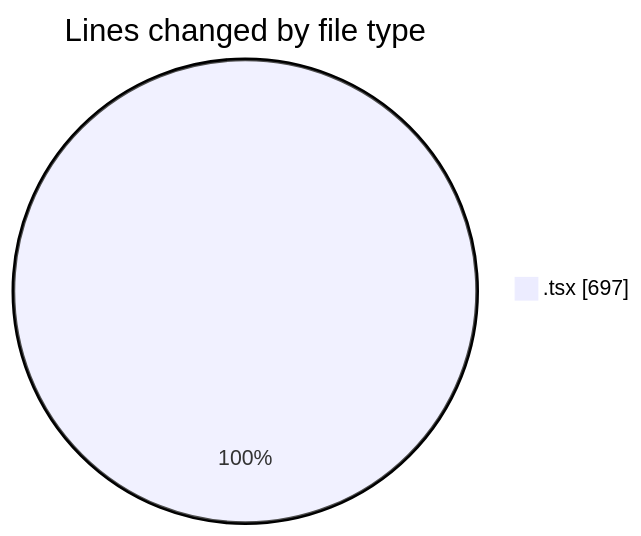
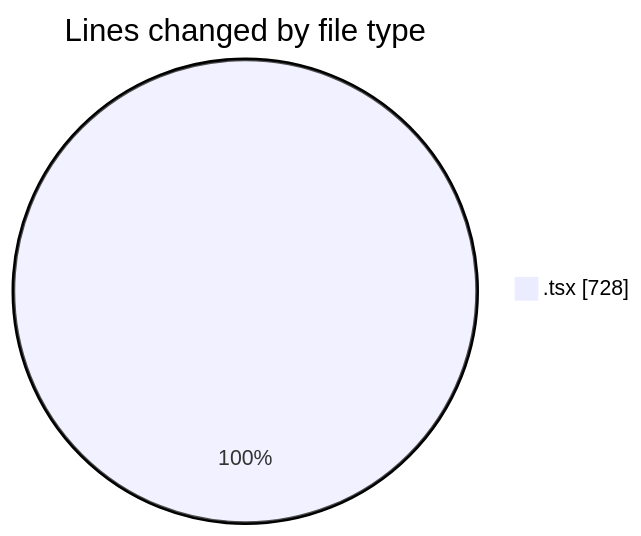
Before and after one commit to nxtqubesakshisongat/code-tracking: the first of 2 diagrams in 2026-06-16/nxtqube_webapp/README.md, drawn with Mermaid. The commit also changed other lines of this file and 1 other file, not shown here.

````diff
--- a/2026-06-16/nxtqube_webapp/README.md
+++ b/2026-06-16/nxtqube_webapp/README.md
@@ -20,5 +20,5 @@
 ```mermaid
 pie showData
 title Lines changed by file type
-".tsx" : 697
+".tsx" : 728
 ```
````
